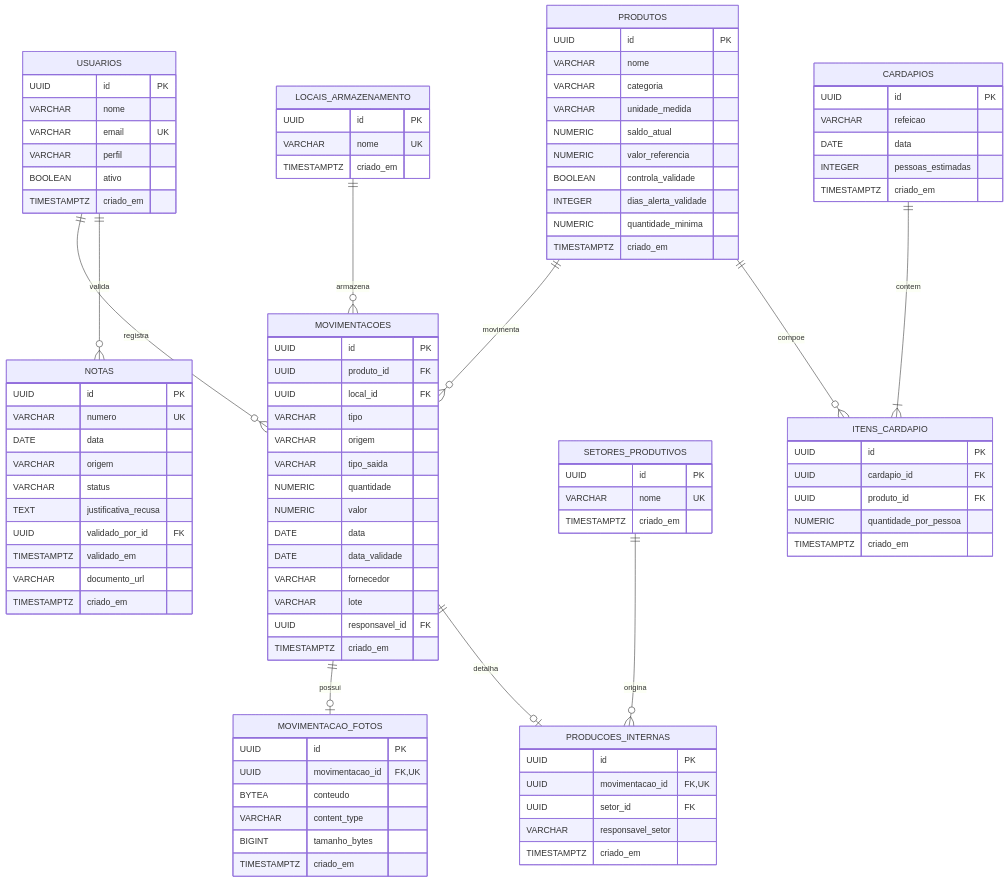
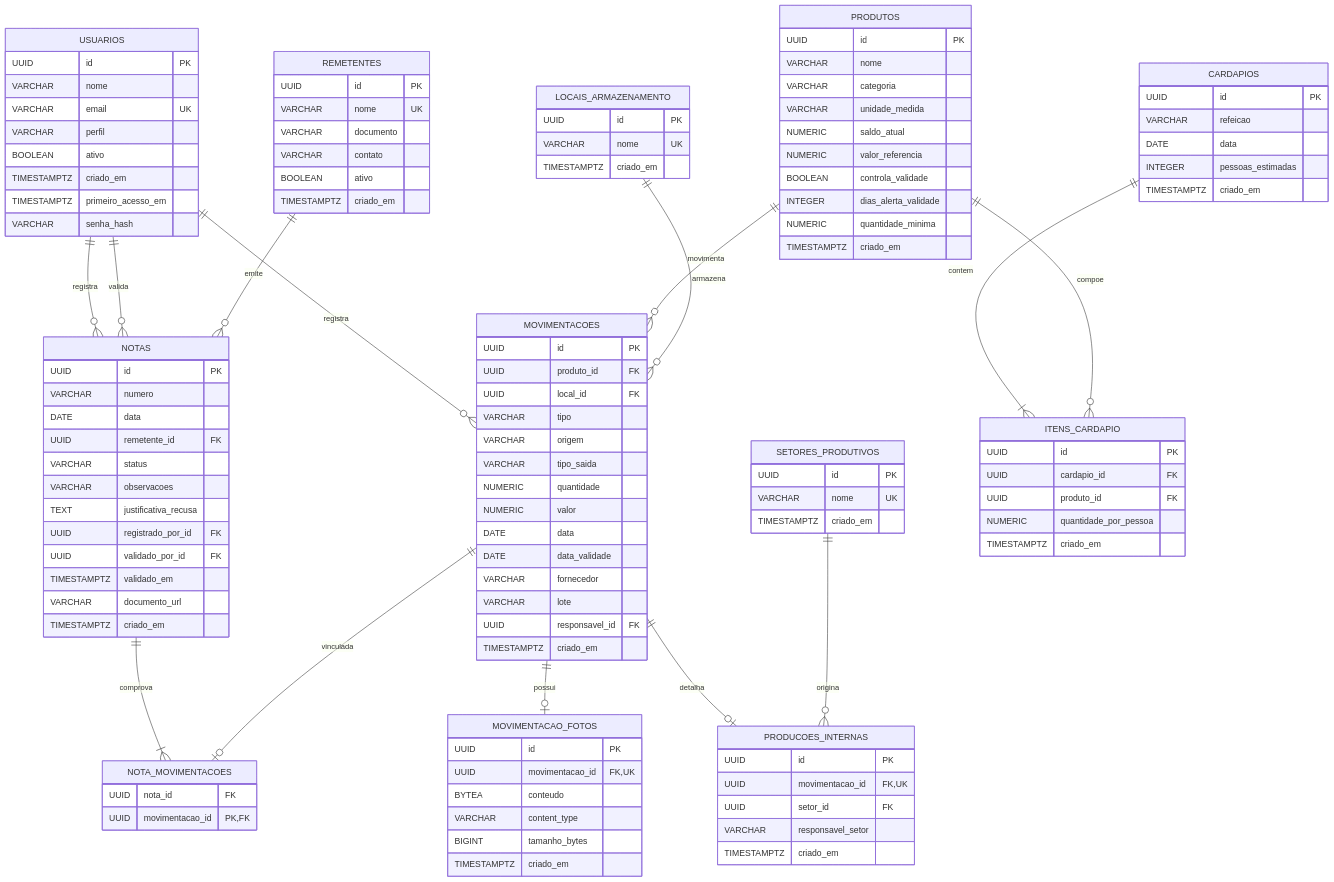
One commit to ifpebj-ti/gestao-refeitorio changed the diagram in docs/MODELAGEM_DADOS.md. Above: the diagram before and after it, drawn with Mermaid. The commit also changed other lines of this file and 2 other files, not shown here.

````diff
--- a/docs/MODELAGEM_DADOS.md
+++ b/docs/MODELAGEM_DADOS.md
@@ -32,7 +32,11 @@
 ```mermaid
 erDiagram
     USUARIOS ||--o{ MOVIMENTACOES : registra
+    USUARIOS ||--o{ NOTAS : registra
     USUARIOS ||--o{ NOTAS : valida
+    REMETENTES ||--o{ NOTAS : emite
+    NOTAS ||--|{ NOTA_MOVIMENTACOES : comprova
+    MOVIMENTACOES ||--o| NOTA_MOVIMENTACOES : vinculada
     PRODUTOS ||--o{ MOVIMENTACOES : movimenta
     LOCAIS_ARMAZENAMENTO ||--o{ MOVIMENTACOES : armazena
     MOVIMENTACOES ||--o| MOVIMENTACAO_FOTOS : possui
@@ -48,6 +52,8 @@
         VARCHAR perfil
         BOOLEAN ativo
         TIMESTAMPTZ criado_em
+        TIMESTAMPTZ primeiro_acesso_em
+        VARCHAR senha_hash
     }
 
     PRODUTOS {
@@ -127,14 +133,30 @@
 
     NOTAS {
         UUID id PK
-        VARCHAR numero UK
+        VARCHAR numero
         DATE data
-        VARCHAR origem
+        UUID remetente_id FK
         VARCHAR status
+        VARCHAR observacoes
         TEXT justificativa_recusa
+        UUID registrado_por_id FK
         UUID validado_por_id FK
         TIMESTAMPTZ validado_em
         VARCHAR documento_url
         TIMESTAMPTZ criado_em
     }
+
+    REMETENTES {
+        UUID id PK
+        VARCHAR nome UK
+        VARCHAR documento
+        VARCHAR contato
+        BOOLEAN ativo
+        TIMESTAMPTZ criado_em
+    }
+
+    NOTA_MOVIMENTACOES {
+        UUID nota_id FK
+        UUID movimentacao_id PK,FK
+    }
 ```
````
